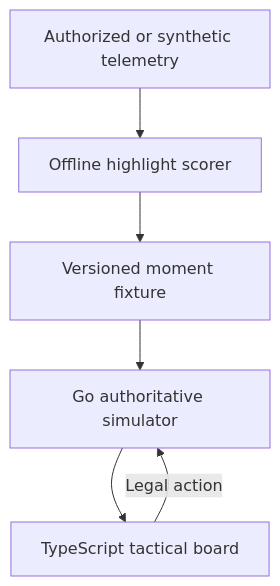
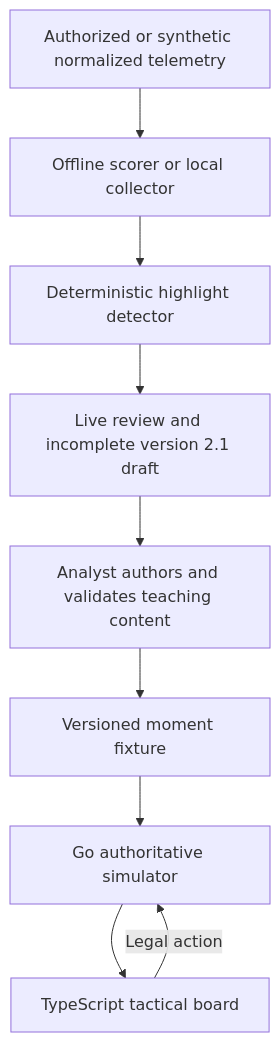
Before and after one commit to joyalzzy/playable-replays: the diagram in docs/architecture.md, drawn with Mermaid. The commit also changed other lines of this file and 94 other files, not shown here.

````diff
--- a/docs/architecture.md
+++ b/docs/architecture.md
@@ -10,8 +10,11 @@
 ```mermaid
 flowchart TD
-    A["Authorized or synthetic telemetry"] --> B["Offline highlight scorer"]
-    B --> C["Versioned moment fixture"]
-    C --> D["Go authoritative simulator"]
+    A["Authorized or synthetic normalized telemetry"] --> B["Offline scorer or local collector"]
+    B --> C["Deterministic highlight detector"]
+    C --> F["Live review and incomplete version 2.1 draft"]
+    F --> G["Analyst authors and validates teaching content"]
+    G --> H["Versioned moment fixture"]
+    H --> D["Go authoritative simulator"]
     D --> E["TypeScript tactical board"]
     E -->|Legal action| D
 ```
````
